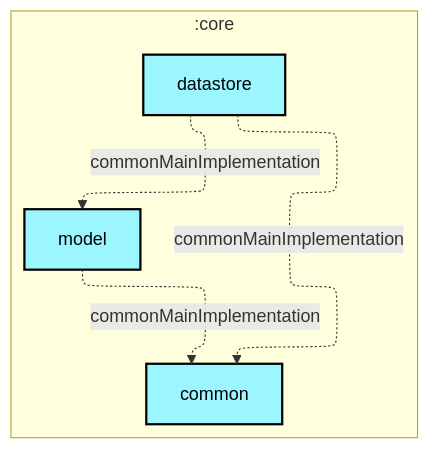
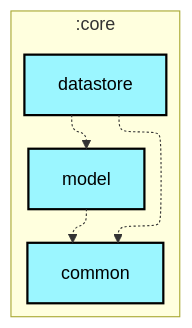
One commit to woods-marshes/chat-multiplatform changed the first of 2 diagrams in core/datastore/README.md. Above: the diagram before and after it, drawn with Mermaid. The commit also changed 11 other files, not shown here.

````diff
--- a/core/datastore/README.md
+++ b/core/datastore/README.md
@@ -6,24 +6,24 @@
 ```mermaid
 ---
 config:
   layout: elk
   elk:
     nodePlacementStrategy: SIMPLE
 ---
 graph TB
   subgraph :core
     direction TB
     :core:common[common]:::kotlin-multiplatform
     :core:datastore[datastore]:::kotlin-multiplatform
     :core:model[model]:::kotlin-multiplatform
   end
 
-  :core:datastore -.->|commonMainImplementation| :core:common
-  :core:datastore -.->|commonMainImplementation| :core:model
-  :core:model -.->|commonMainImplementation| :core:common
+  :core:datastore -.-> :core:common
+  :core:datastore -.-> :core:model
+  :core:model -.-> :core:common
 
 classDef android-application fill:#CAFFBF,stroke:#000,stroke-width:2px,color:#000;
 classDef compose-multiplatform fill:#FFD6A5,stroke:#000,stroke-width:2px,color:#000;
 classDef kotlin-multiplatform fill:#9BF6FF,stroke:#000,stroke-width:2px,color:#000;
 classDef unknown fill:#FFADAD,stroke:#000,stroke-width:2px,color:#000;
 ```
````
